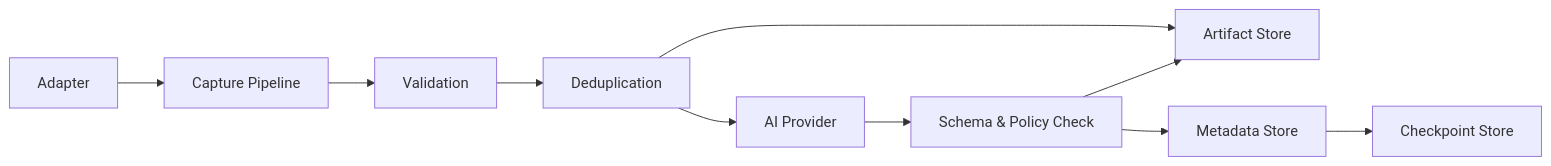
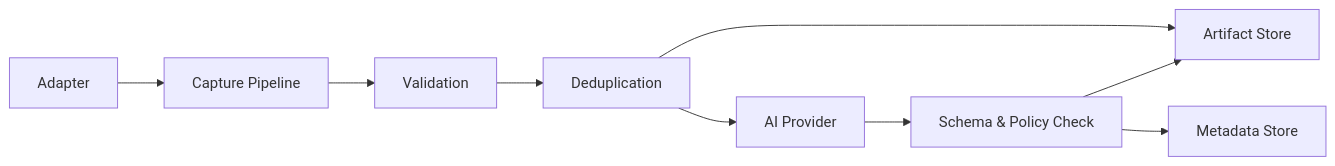
Before and after one commit to LoveOrange/shiyi: the diagram in docs/specs/capture-pipeline-sdd.md, drawn with Mermaid. The commit also changed other lines of this file and 12 other files, not shown here.

````diff
--- a/docs/specs/capture-pipeline-sdd.md
+++ b/docs/specs/capture-pipeline-sdd.md
@@ -131,12 +137,11 @@
 ```mermaid
 flowchart LR
   Adapter[Adapter] --> Pipeline[Capture Pipeline]
   Pipeline --> Validator[Validation]
   Validator --> Dedupe[Deduplication]
   Dedupe --> ArtifactStore[Artifact Store]
   Dedupe --> AIProvider[AI Provider]
   AIProvider --> Policy[Schema & Policy Check]
   Policy --> ArtifactStore
   Policy --> MetadataStore[Metadata Store]
-  MetadataStore --> CheckpointStore[Checkpoint Store]
 ```
````
